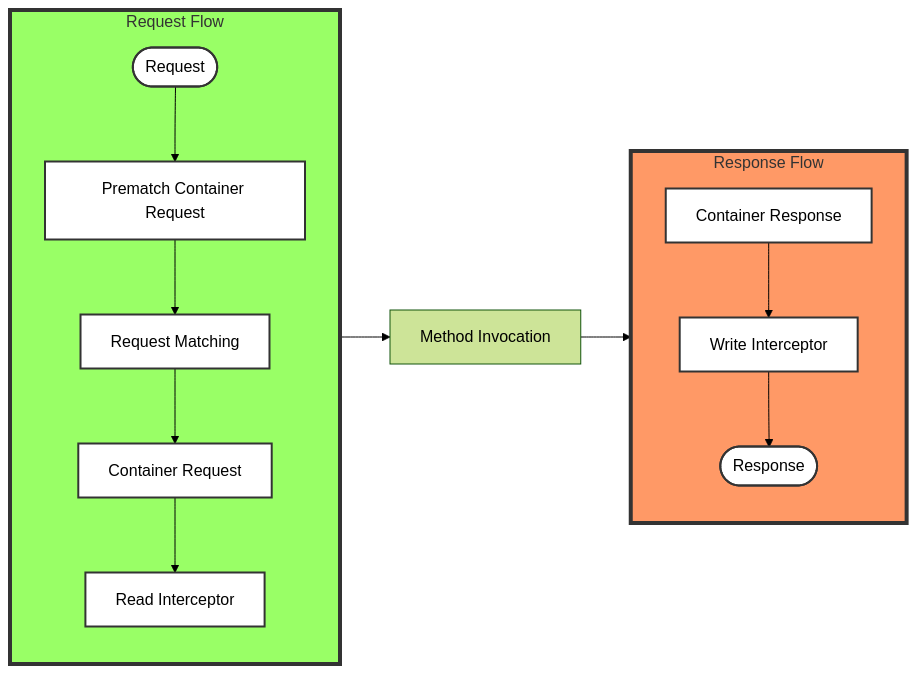
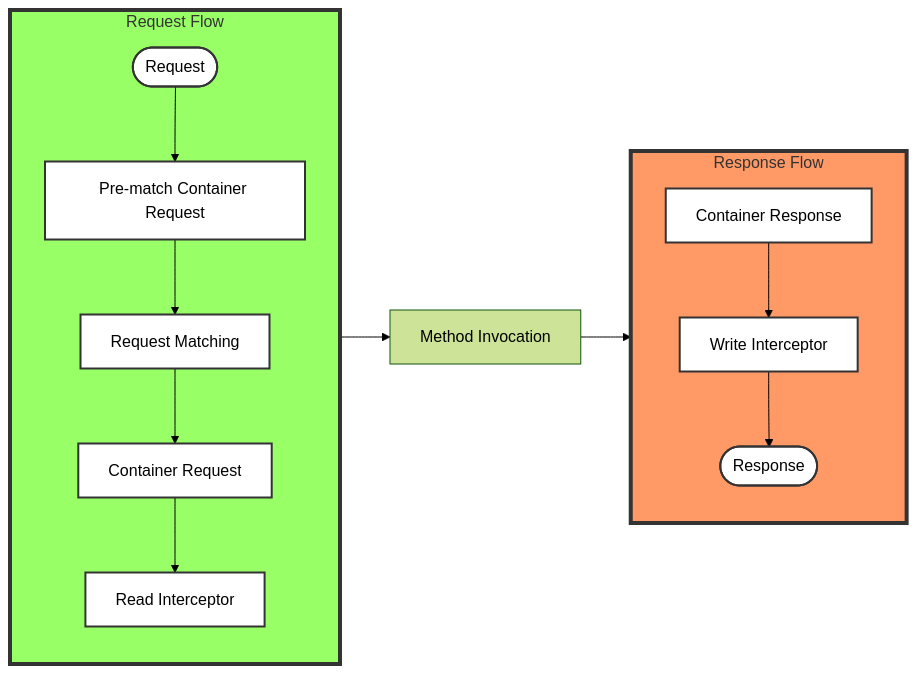
The first of 2 diagrams in src/main/docs/asciidoc/chapters/05_3_realizzazione_del_filtro_jax_rs.adoc (amusarra/eventbus-logging-filter-jaxrs-docs), drawn with Mermaid (forest theme) before and after one commit. The commit also changed other lines of this file and 10 other files, not shown here.

```diff
--- a/src/main/docs/asciidoc/chapters/05_3_realizzazione_del_filtro_jax_rs.adoc
+++ b/src/main/docs/asciidoc/chapters/05_3_realizzazione_del_filtro_jax_rs.adoc
@@ -26,33 +26,33 @@
 [mermaid, title="*Diagramma 6* - Punti di estensione del filtro e dell'interceptor lato server"]
 ....
 graph LR
-  methodInvocke[Method Invocation]
+  methodInvoke[Method Invocation]
 
 subgraph reqFlow[Request Flow]
-    req([Request]) --> pContReq[Prematch Container Request]
+    req([Request]) --> pContReq[Pre-match Container Request]
     pContReq --> reqMatching[Request Matching]
     reqMatching --> contReq[Container Request]
     contReq --> readInt[Read Interceptor]
   end
 
 subgraph respFlow[Response Flow]
     contResp[Container Response] --> writeInt[Write Interceptor]
     writeInt --> resp([Response])
   end
 
-reqFlow --> methodInvocke
-  methodInvocke --> respFlow
+reqFlow --> methodInvoke
+  methodInvoke --> respFlow
 
 classDef reqFlowStyleClass fill:#f9f,stroke:#333,stroke-width:2px;
   classDef respFlowStyleClass fill:#f9f,stroke:#333,stroke-width:2px;
   classDef yellow fill:#ffff00,stroke:#333,stroke-width:4px;
   classDef green fill:#9F6,stroke:#333,stroke-width:4px;
   classDef orange fill:#F96,stroke:#333,stroke-width:4px;
   classDef garden fill:#65b889,stroke:#333,stroke-width:4px;
   classDef beach fill:#b3b865,stroke:#333,stroke-width:2px;
   classDef white fill:#FFFFFF,stroke:#333,stroke-width:2px;
 
  class reqFlow green;
  class respFlow orange;
  class req,pContReq,reqMatching,contReq,readInt,contResp,writeInt,resp white;
 ....
```
